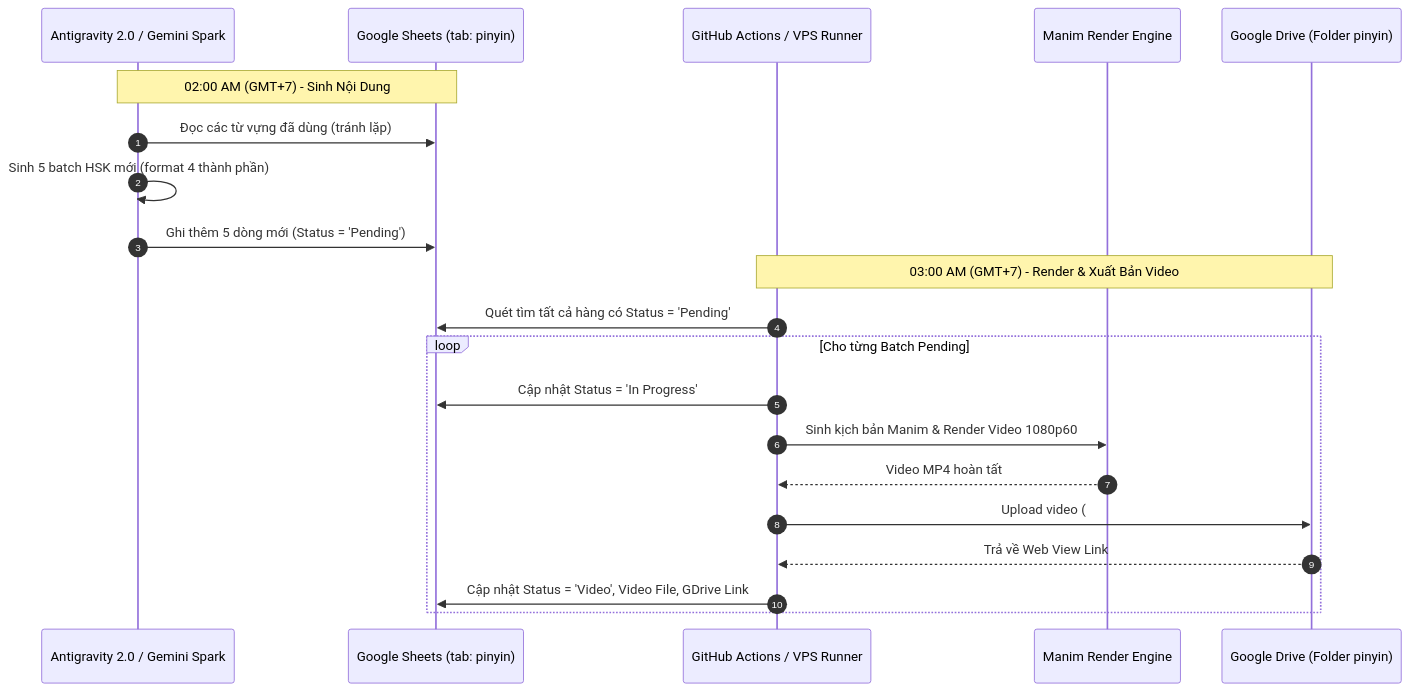
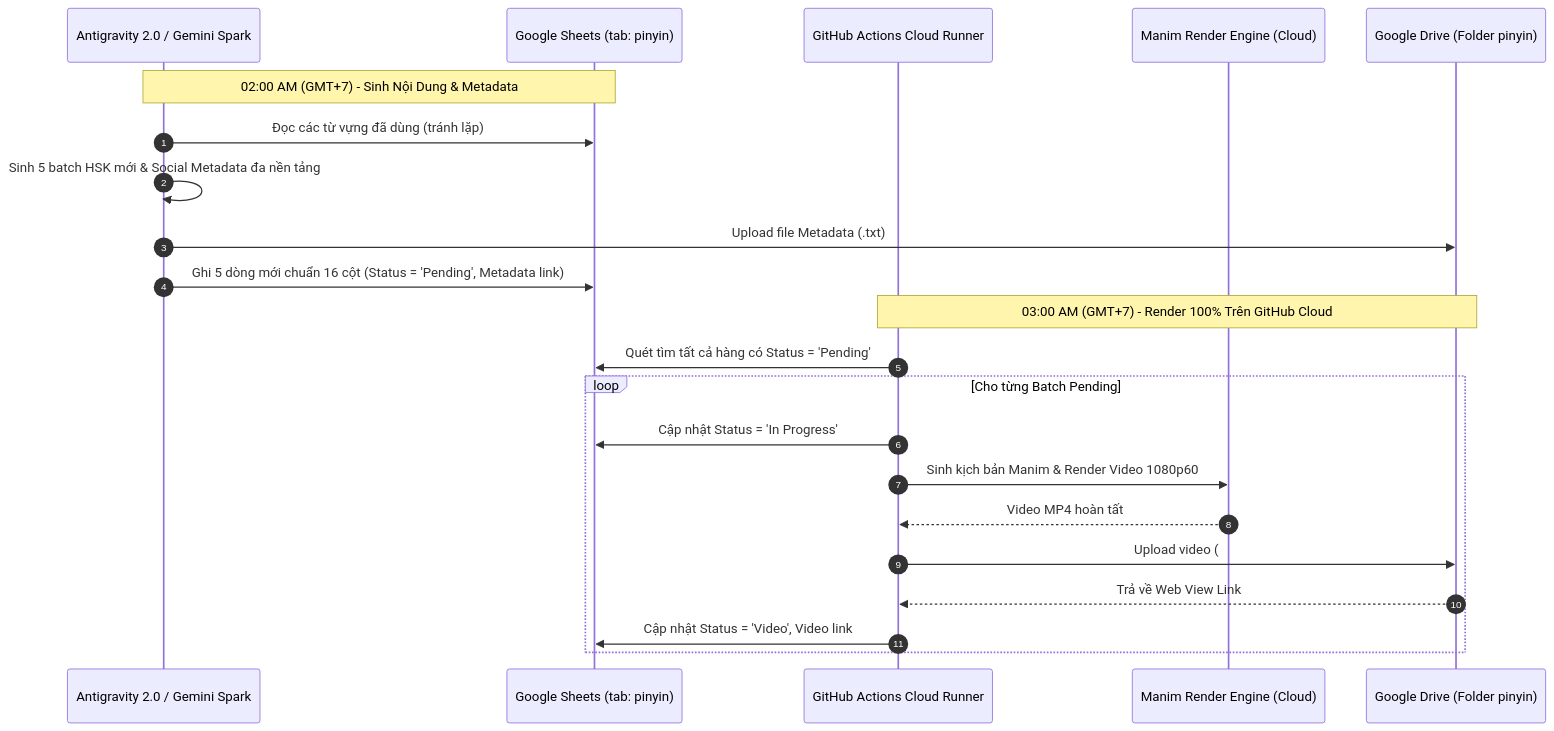
Before and after one commit to naadld/lele2vid: the diagram in HANDOFF.md, drawn with Mermaid. The commit also changed other lines of this file and 3 other files, not shown here.

Commit message:
docs: sync 16-column schema and spark_setup to all root and subfolder documents

````diff
--- a/HANDOFF.md
+++ b/HANDOFF.md
@@ -109,25 +114,26 @@
 ```mermaid
 sequenceDiagram
     autonumber
     participant AI as Antigravity 2.0 / Gemini Spark
     participant GS as Google Sheets (tab: pinyin)
-    participant GH as GitHub Actions / VPS Runner
-    participant ME as Manim Render Engine
+    participant GH as GitHub Actions Cloud Runner
+    participant ME as Manim Render Engine (Cloud)
     participant GD as Google Drive (Folder pinyin)
 
-    Note over AI,GS: 02:00 AM (GMT+7) - Sinh Nội Dung
+    Note over AI,GS: 02:00 AM (GMT+7) - Sinh Nội Dung & Metadata
     AI->>GS: Đọc các từ vựng đã dùng (tránh lặp)
-    AI->>AI: Sinh 5 batch HSK mới (format 4 thành phần)
-    AI->>GS: Ghi thêm 5 dòng mới (Status = 'Pending')
+    AI->>AI: Sinh 5 batch HSK mới & Social Metadata đa nền tảng
+    AI->>GD: Upload file Metadata (.txt)
+    AI->>GS: Ghi 5 dòng mới chuẩn 16 cột (Status = 'Pending', Metadata link)
 
-    Note over GH,GD: 03:00 AM (GMT+7) - Render & Xuất Bản Video
+    Note over GH,GD: 03:00 AM (GMT+7) - Render 100% Trên GitHub Cloud
     GH->>GS: Quét tìm tất cả hàng có Status = 'Pending'
     loop Cho từng Batch Pending
         GH->>GS: Cập nhật Status = 'In Progress'
         GH->>ME: Sinh kịch bản Manim & Render Video 1080p60
         ME-->>GH: Video MP4 hoàn tất
         GH->>GD: Upload video (#số dòng.topic.mp4)
         GD-->>GH: Trả về Web View Link
-        GH->>GS: Cập nhật Status = 'Video', Video File, GDrive Link
+        GH->>GS: Cập nhật Status = 'Video', Video link
     end
 ```
````
